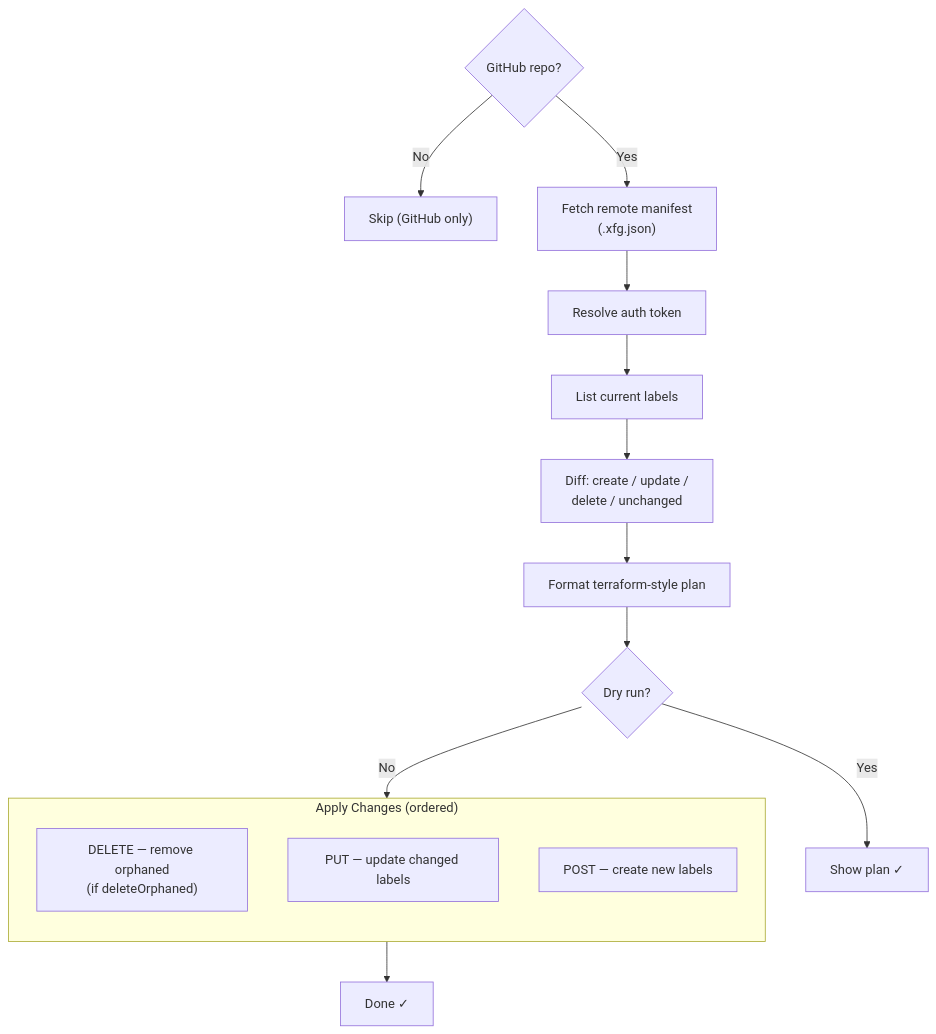
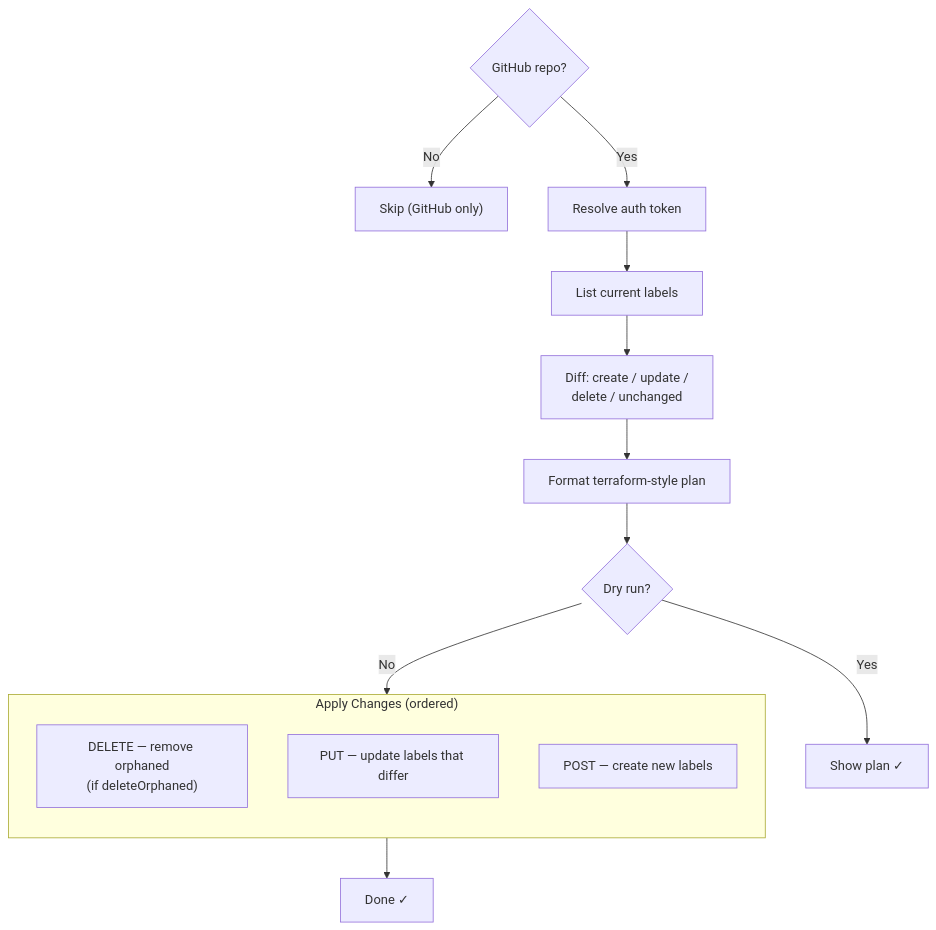
The sixth of 7 diagrams in docs/index.md (anthony-spruyt/xfg), drawn with Mermaid before and after one commit. The commit also changed other lines of this file and 52 other files, not shown here.

````diff
--- a/docs/index.md
+++ b/docs/index.md
@@ -435,23 +448,21 @@
 ```mermaid
 flowchart TB
     GUARD{GitHub repo?} -->|No| SKIP_P["Skip (GitHub only)"]
-    GUARD -->|Yes| FETCH_MANIFEST["Fetch remote manifest<br/>(.xfg.json)"]
-
-    FETCH_MANIFEST --> TOKEN["Resolve auth token"]
+    GUARD -->|Yes| TOKEN["Resolve auth token"]
     TOKEN --> LIST["List current labels"]
 
     LIST --> DIFF["Diff: create / update /<br/>delete / unchanged"]
     DIFF --> PLAN["Format terraform-style plan"]
     PLAN --> DRY{Dry run?}
     DRY -->|Yes| SHOW["Show plan ✓"]
     DRY -->|No| APPLY
 
     subgraph APPLY["Apply Changes (ordered)"]
         direction TB
         D["DELETE — remove orphaned<br/>(if deleteOrphaned)"]
-        U["PUT — update changed labels"]
+        U["PUT — update labels that differ"]
         C["POST — create new labels"]
     end
 
     APPLY --> DONE["Done ✓"]
 ```
````
